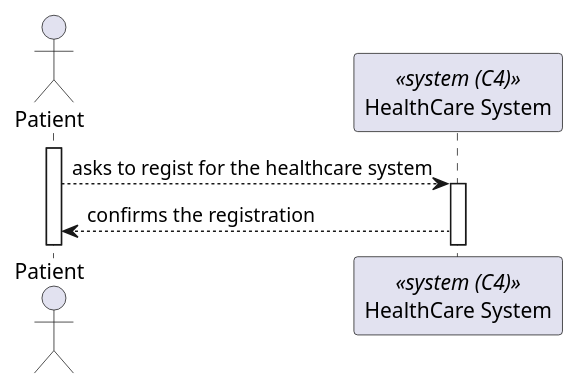
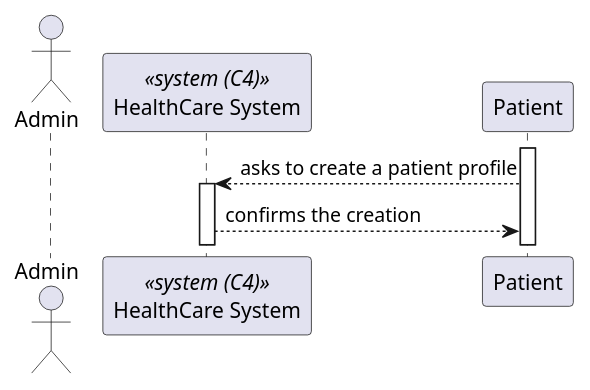
One commit to Lapr5G21/sem5pi-24-25-3ddg21 changed the diagram in docs/PatientProfileCreation/views/level1/process-view.puml. Above: the diagram before and after it, drawn with PlantUML. The commit also changed 8 other files, not shown here.

Commit message:
Update in diagrams #9

```diff
--- a/docs/PatientProfileCreation/views/level1/process-view.puml
+++ b/docs/PatientProfileCreation/views/level1/process-view.puml
@@ -1,16 +1,16 @@
-@startuml
+@startuml Patient Profile Creation (level 1)
 
-actor Patient as "Patient"
+actor Admin as "Admin"
 participant SYS as "HealthCare System" <<system (C4)>>
 
 activate Patient 
 
-Patient --> SYS : asks to regist for the healthcare system 
+Patient --> SYS : asks to create a patient profile
 
 
 activate SYS 
 
-SYS --> Patient : confirms the registration
+SYS --> Patient : confirms the creation
 
 
 @enduml
```
